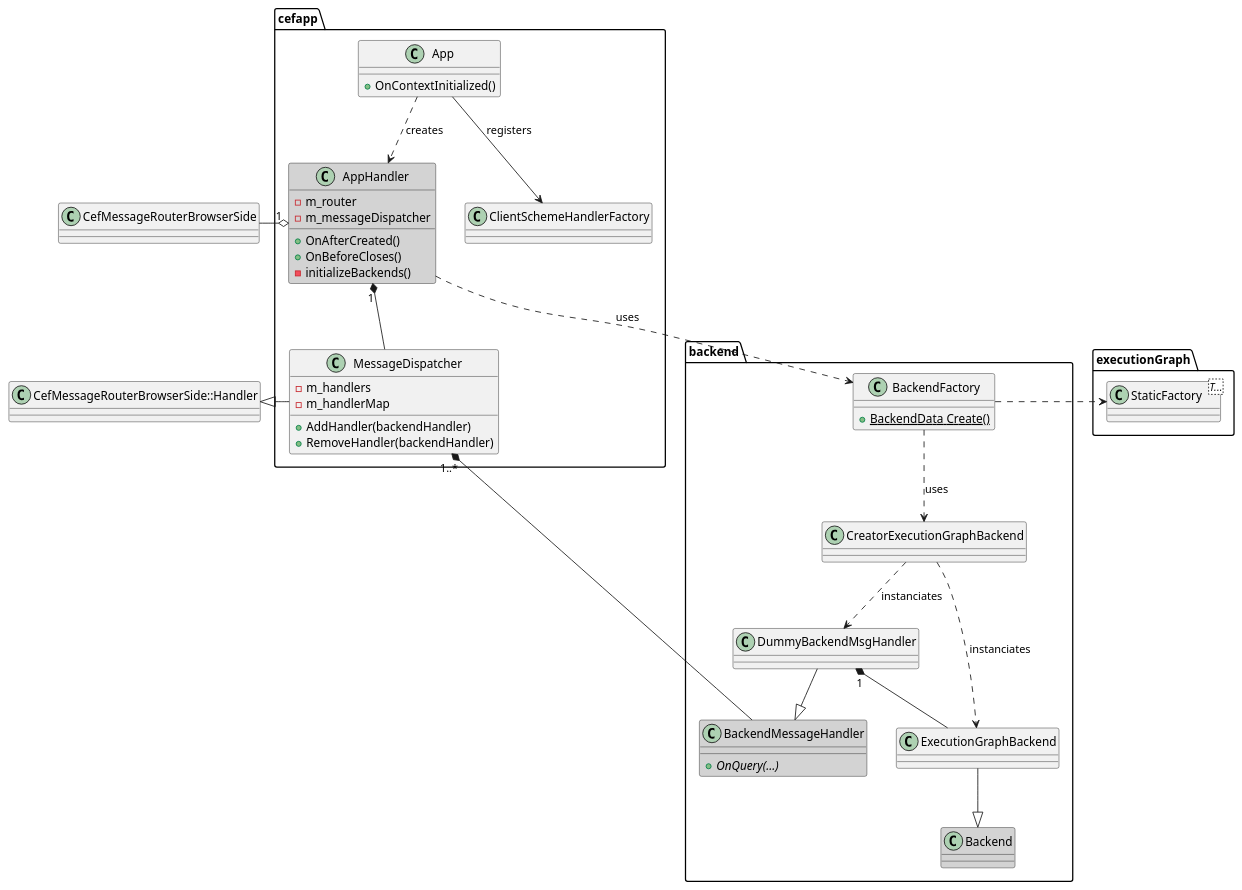
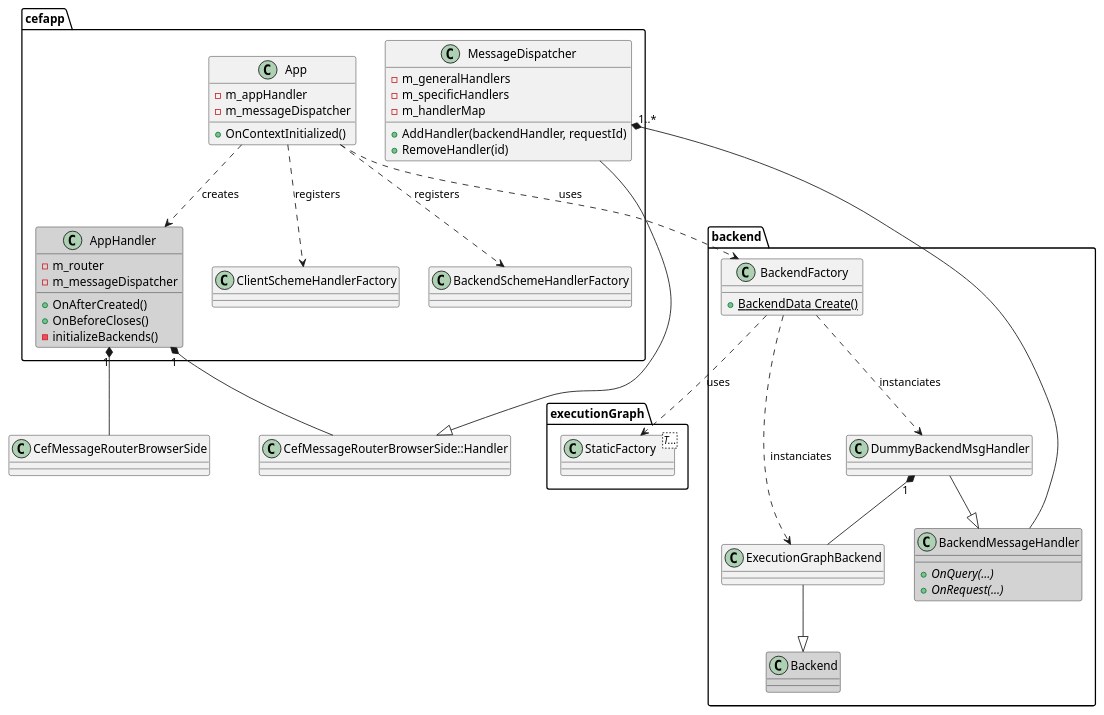
Before and after one commit to gabyx/ExecutionGraph: the diagram in gui/specs/client-backend.plantuml, drawn with PlantUML. The commit also changed 5 other files, not shown here.

```diff
--- a/gui/specs/client-backend.plantuml
+++ b/gui/specs/client-backend.plantuml
@@ -2,71 +2,72 @@
 @startuml
 set namespaceSeparator ::
 skinparam shadowing false
 
 class CefMessageRouterBrowserSide
 class Handler as "CefMessageRouterBrowserSide::Handler"
 
 namespace cefapp{
     class App{
         + OnContextInitialized()
+        - m_appHandler
+        - m_messageDispatcher
     }
     class AppHandler #D3D3D3{
         + OnAfterCreated()
         + OnBeforeCloses()
         - m_router
         - m_messageDispatcher
         - initializeBackends()
     }
 
     class MessageDispatcher {
-        + AddHandler(backendHandler)
-        + RemoveHandler(backendHandler)
-        - m_handlers
+        + AddHandler(backendHandler, requestId)
+        + RemoveHandler(id)
+        - m_generalHandlers
+        - m_specificHandlers
         - m_handlerMap
     }
     class ClientSchemeHandlerFactory
+    class BackendSchemeHandlerFactory
 }
 
+cefapp::App ..> cefapp::AppHandler : creates
+cefapp::App ..> cefapp::ClientSchemeHandlerFactory : registers
+cefapp::App ..> cefapp::BackendSchemeHandlerFactory : registers
 
-cefapp::App ..> cefapp::AppHandler : creates
-cefapp::App --> cefapp::ClientSchemeHandlerFactory : registers
-
-cefapp::AppHandler "1" o-left- CefMessageRouterBrowserSide
-cefapp::AppHandler "1" *-- cefapp::MessageDispatcher
-cefapp::MessageDispatcher -left-|> Handler
+cefapp::AppHandler "1" *-down- Handler
+cefapp::MessageDispatcher -down-|> Handler
 cefapp::MessageDispatcher "1..*" *--- backend::BackendMessageHandler
+cefapp::AppHandler "1" *-down- CefMessageRouterBrowserSide
 
 namespace backend {
     class Backend #D3D3D3
-    class BackendMessageHandler #D3D3D3{
+    class BackendMessageHandler #D3D3D3 {
         + OnQuery(...) {abstract} 
+        + OnRequest(...) {abstract}
     }
 
     class BackendFactory {
         + BackendData Create() {static}
     }
-
-    class CreatorExecutionGraphBackend
 
     class DummyBackendMsgHandler
 }
 
 namespace executionGraph {
     class StaticFactory<T...>
 }
 
-cefapp::AppHandler ..> backend::BackendFactory : uses
+cefapp::App ..> backend::BackendFactory : uses
 
 backend::ExecutionGraphBackend --|> backend::Backend
 backend::DummyBackendMsgHandler --|> backend::BackendMessageHandler
 
-backend::BackendFactory ..> backend::CreatorExecutionGraphBackend : uses
-
-backend::CreatorExecutionGraphBackend ..> backend::ExecutionGraphBackend : instanciates
-backend::CreatorExecutionGraphBackend ..> backend::DummyBackendMsgHandler : instanciates
+backend::BackendFactory ..> backend::ExecutionGraphBackend : instanciates
+backend::BackendFactory ..> backend::DummyBackendMsgHandler : instanciates
 
 backend::DummyBackendMsgHandler "1" *-- backend::ExecutionGraphBackend
 
-backend::BackendFactory .right.> executionGraph::StaticFactory
+backend::BackendFactory ..> executionGraph::StaticFactory : uses
 
 @enduml
```
